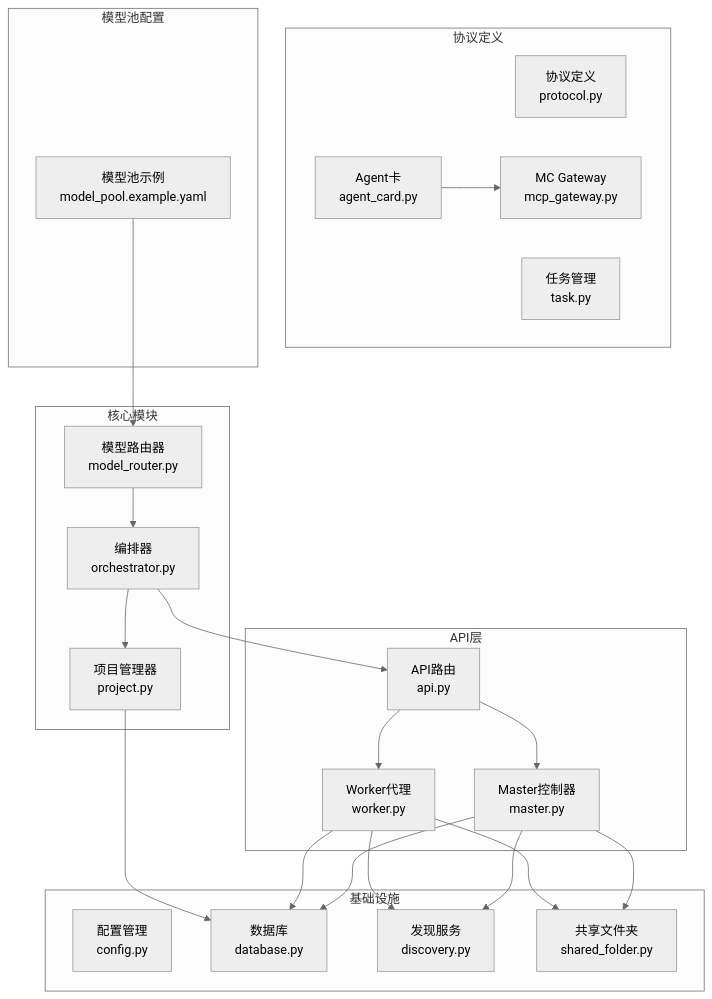
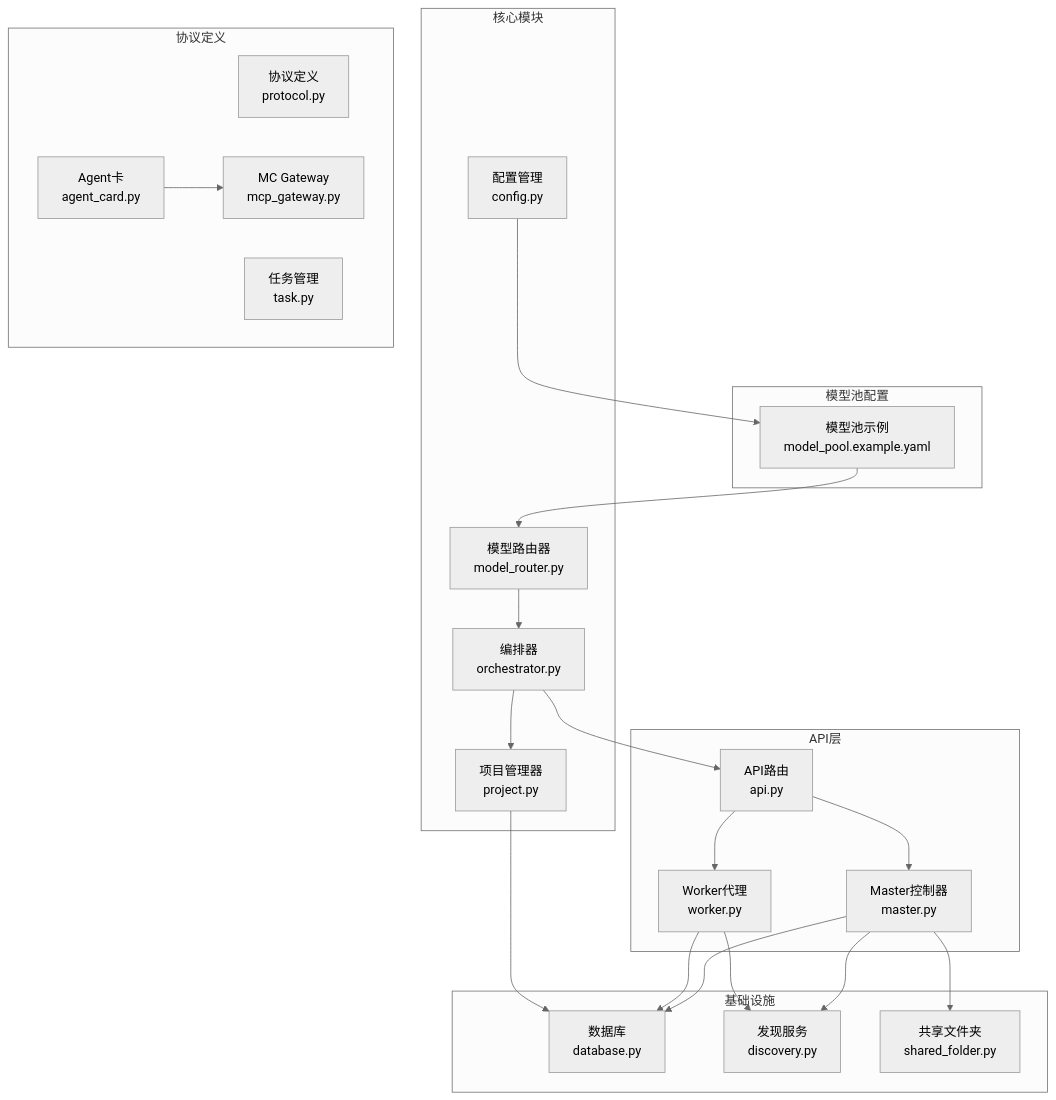
The first of 5 diagrams in .qoder/repowiki/zh/content/核心模块/模型路由系统.md (targalian/Personal-distributed-workstation), drawn with Mermaid (neutral theme) before and after one commit. The commit also changed other lines of this file and 64 other files, not shown here.

````diff
--- a/.qoder/repowiki/zh/content/核心模块/模型路由系统.md
+++ b/.qoder/repowiki/zh/content/核心模块/模型路由系统.md
@@ -57,42 +49,42 @@
 ```mermaid
 graph TB
 subgraph "核心模块"
 MR[模型路由器<br/>model_router.py]
 ORC[编排器<br/>orchestrator.py]
 PM[项目管理器<br/>project.py]
+CFG[配置管理<br/>config.py]
 end
 subgraph "API层"
 API[API路由<br/>api.py]
 MASTER[Master控制器<br/>master.py]
 WORKER[Worker代理<br/>worker.py]
 end
 subgraph "基础设施"
-CFG[配置管理<br/>config.py]
 DB[数据库<br/>database.py]
 DISC[发现服务<br/>discovery.py]
 SHARED[共享文件夹<br/>shared_folder.py]
 end
 subgraph "协议定义"
 PROT[协议定义<br/>protocol.py]
 TASK[任务管理<br/>task.py]
 AGENT[Agent卡<br/>agent_card.py]
 MCPP[MC Gateway<br/>mcp_gateway.py]
 end
 subgraph "模型池配置"
 MODELPOOL[模型池示例<br/>model_pool.example.yaml]
 end
 MR --> ORC
 ORC --> API
 API --> MASTER
 API --> WORKER
 MASTER --> DB
 WORKER --> DB
 MASTER --> DISC
 WORKER --> DISC
 MASTER --> SHARED
-WORKER --> SHARED
 ORC --> PM
 PM --> DB
 AGENT --> MCPP
 MODELPOOL --> MR
+CFG --> MODELPOOL
 ```
````
